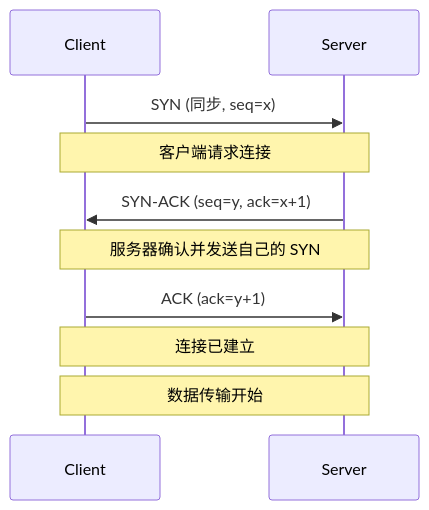
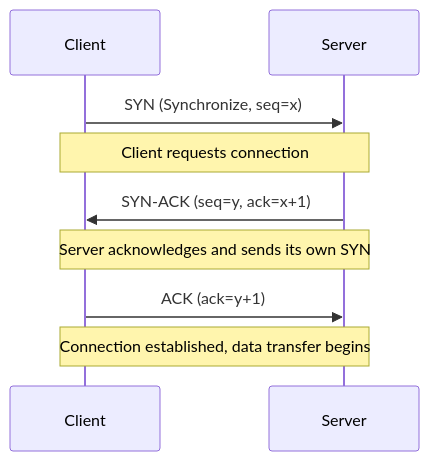
The second of 3 diagrams in docs/zh/deep-dive/network/network-fundamentals.md (autoscrape-labs/pydoll), drawn with Mermaid before and after one commit. The commit also changed other lines of this file and 9 other files, not shown here.

````diff
--- a/docs/zh/deep-dive/network/network-fundamentals.md
+++ b/docs/zh/deep-dive/network/network-fundamentals.md
@@ -150,16 +99,14 @@
 ```mermaid
 sequenceDiagram
     participant Client
     participant Server
-    
-    Client->>Server: SYN (同步, seq=x)
-    Note over Client,Server: 客户端请求连接
-    
+
+    Client->>Server: SYN (Synchronize, seq=x)
+    Note over Client,Server: Client requests connection
+
     Server->>Client: SYN-ACK (seq=y, ack=x+1)
-    Note over Client,Server: 服务器确认并发送自己的 SYN
-    
+    Note over Client,Server: Server acknowledges and sends its own SYN
+
     Client->>Server: ACK (ack=y+1)
-    Note over Client,Server: 连接已建立
-    
-    Note over Client,Server: 数据传输开始
+    Note over Client,Server: Connection established, data transfer begins
 ```
````
